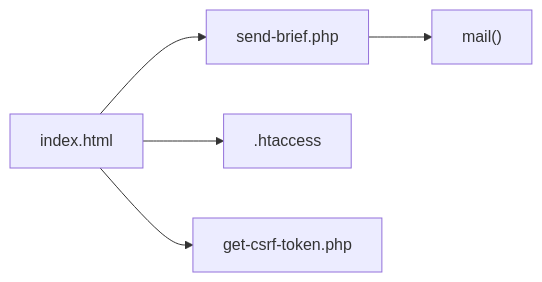
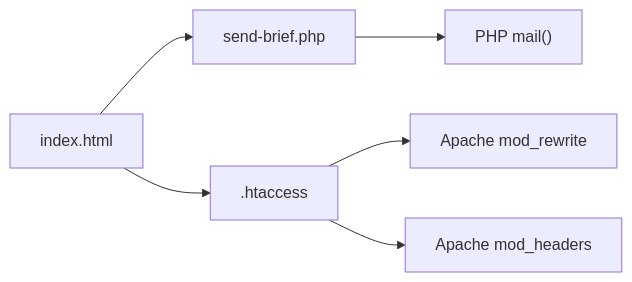
Before and after one commit to Vostrikov2014/emoo: the fourth of 4 diagrams in .qoder/repowiki/en/content/Quick Start Guide.md, drawn with Mermaid. The commit also changed other lines of this file and 49 other files, not shown here.

````diff
--- a/.qoder/repowiki/en/content/Quick Start Guide.md
+++ b/.qoder/repowiki/en/content/Quick Start Guide.md
@@ -144,7 +172,8 @@
 ```mermaid
 graph LR
-HTML["index.html"] --> PHP["send-brief.php"]
-PHP --> MAIL["mail()"]
-HTML --> HTACCESS[".htaccess"]
-HTML --> CSRF["get-csrf-token.php"]
+I["index.html"] --> S["send-brief.php"]
+I --> H[".htaccess"]
+S --> M["PHP mail()"]
+H --> R["Apache mod_rewrite"]
+H --> X["Apache mod_headers"]
 ```
````
